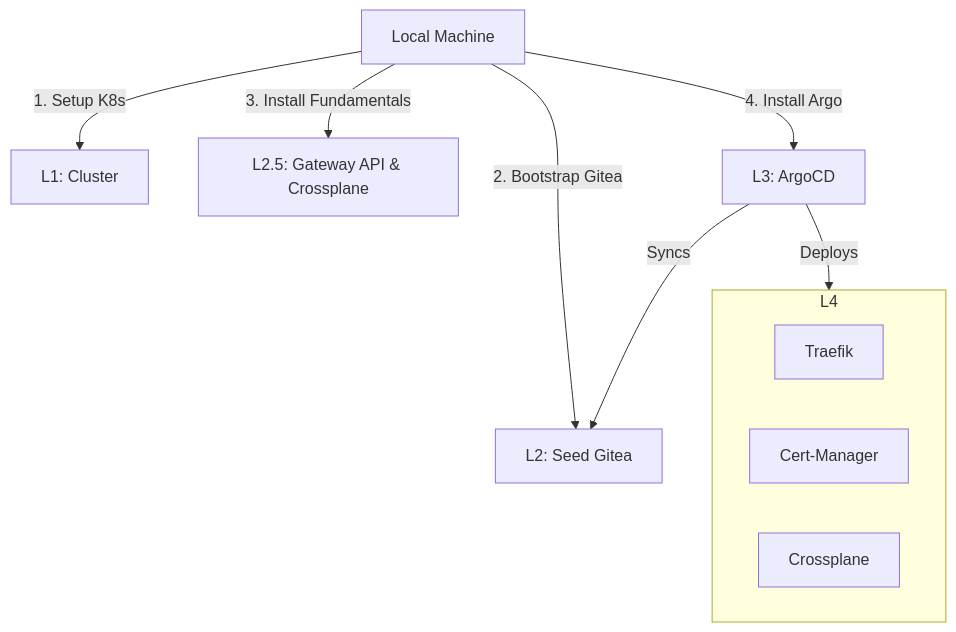
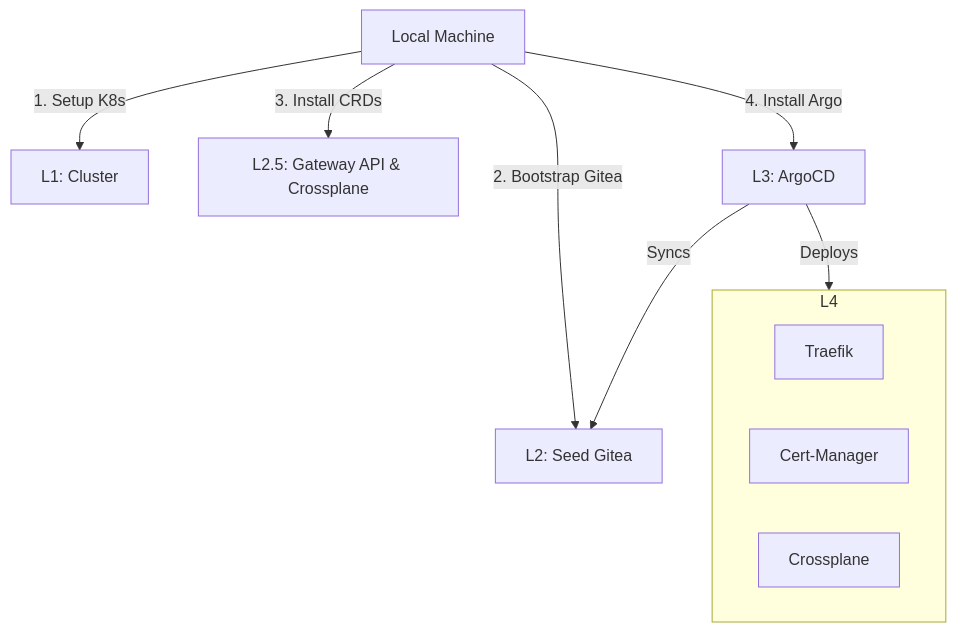
One commit to SiliconSaga/nordri changed the first of 2 diagrams in docs/bootstrap.md. Above: the diagram before and after it, drawn with Mermaid. The commit also changed other lines of this file and 1 other file, not shown here.

````diff
--- a/docs/bootstrap.md
+++ b/docs/bootstrap.md
@@ -56,17 +55,17 @@
 ```mermaid
 graph TD
     Local[Local Machine] -->|1. Setup K8s| L1[L1: Cluster]
     Local -->|2. Bootstrap Gitea| L2[L2: Seed Gitea]
-    Local -->|3. Install Fundamentals| L2.5[L2.5: Gateway API & Crossplane]
+    Local -->|3. Install CRDs| L2.5[L2.5: Gateway API & Crossplane]
     Local -->|4. Install Argo| L3[L3: ArgoCD]
     
     L3 -->|Syncs| L2
     
     L3 -->|Deploys| L4[L4: Fundamentals]
     
     subgraph L4
         Traefik
         CertMgr[Cert-Manager]
         Crossplane
     end
 ```
````
